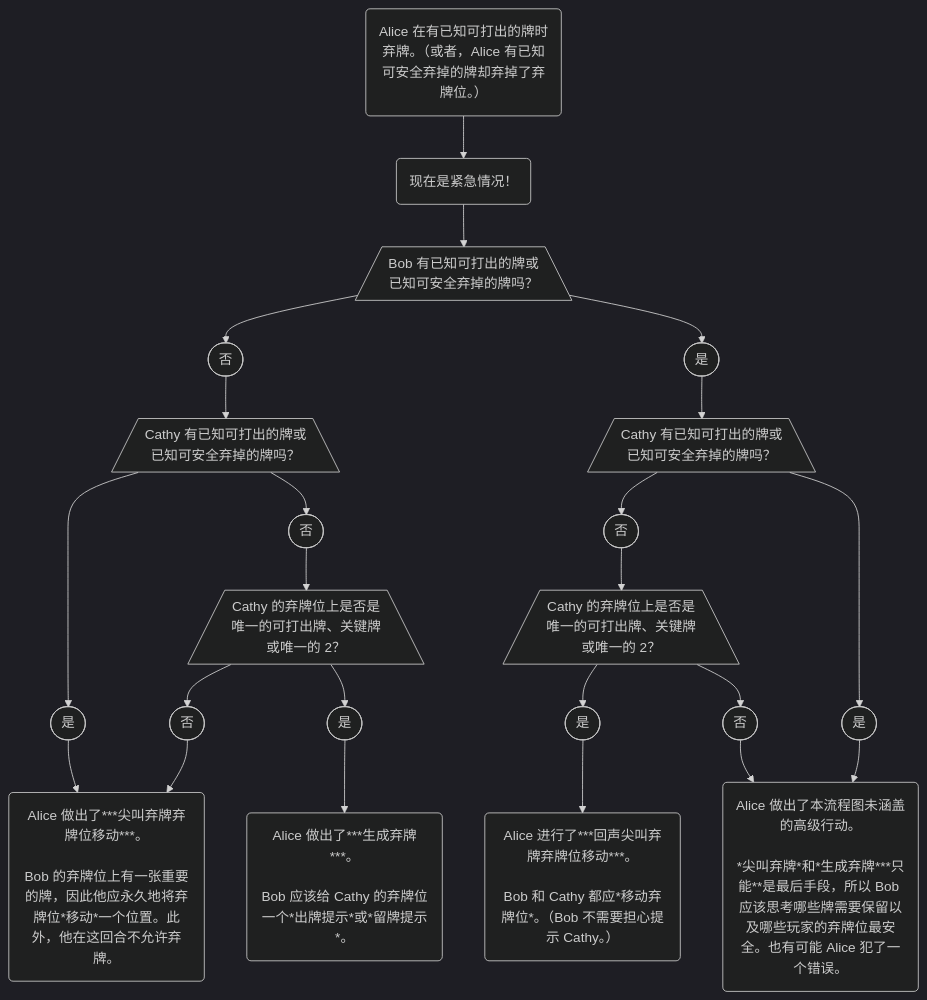
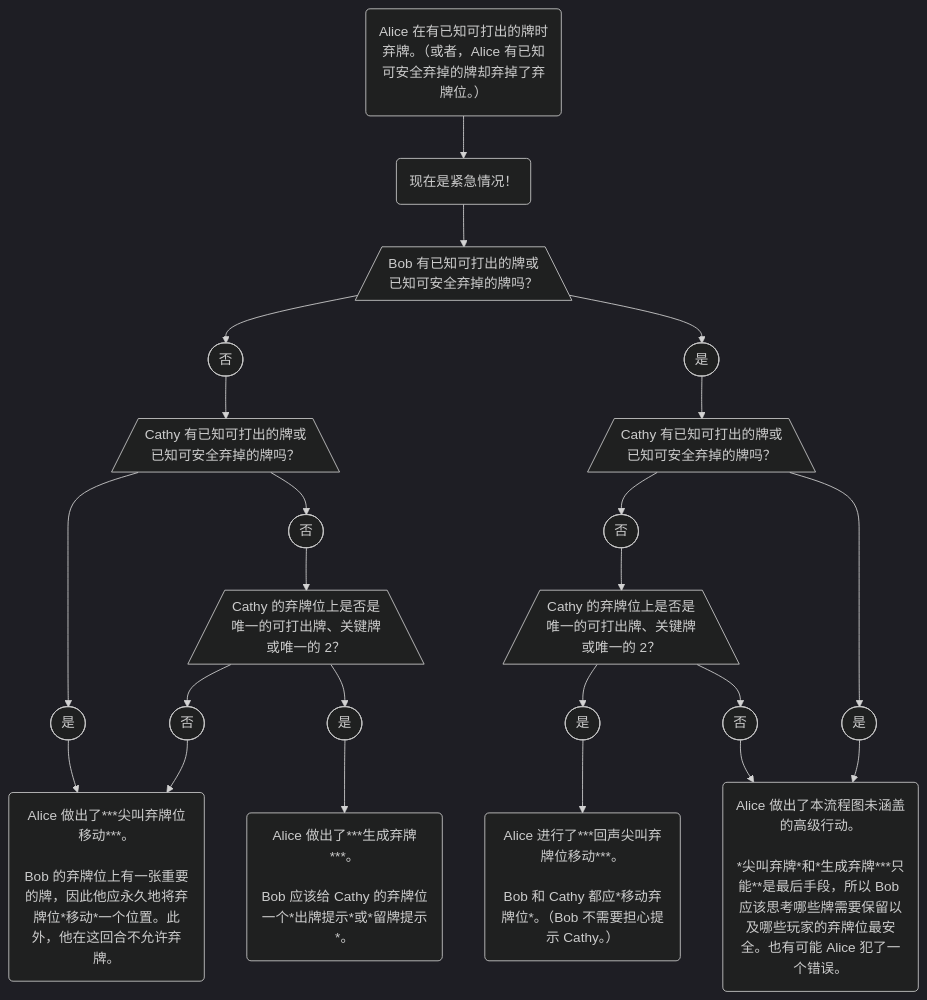
The diagram in i18n/zh/docusaurus-plugin-content-docs/current/level-7.mdx (TRCYX/H-Group), drawn with Mermaid (dark theme) before and after one commit. The commit also changed other lines of this file and 1 other file, not shown here.

````diff
--- a/i18n/zh/docusaurus-plugin-content-docs/current/level-7.mdx
+++ b/i18n/zh/docusaurus-plugin-content-docs/current/level-7.mdx
@@ -55,53 +56,53 @@
 ```mermaid
 flowchart TD;
 
 S1("Alice 在有已知可打出的牌时弃牌。（或者，Alice 有已知可安全弃掉的牌却弃掉了弃牌位。）")
 S2("现在是紧急情况！")
 D1[/Bob 有已知可打出的牌或<br/>已知可安全弃掉的牌吗？\]
 D1Y([是])
 D1N([否])
 D2[/Cathy 有已知可打出的牌或<br/>已知可安全弃掉的牌吗？\]
 D2Y([是])
 D2N([否])
 D3[/Cathy 的弃牌位上是否是<br/>唯一的可打出牌、关键牌<br/>或唯一的 2？\]
 D3Y([是])
 D3N([否])
 D3YL(Alice 做出了***生成弃牌***。<br/ ><br/ >Bob 应该给 Cathy 的弃牌位一个*出牌提示*或*留牌提示*。)
-D3NL(Alice 做出了***尖叫弃牌弃牌位移动***。<br/ ><br/ >Bob 的弃牌位上有一张重要的牌，因此他应永久地将弃牌位*移动*一个位置。此外，他在这回合不允许弃牌。)
+D3NL(Alice 做出了***尖叫弃牌位移动***。<br/ ><br/ >Bob 的弃牌位上有一张重要的牌，因此他应永久地将弃牌位*移动*一个位置。此外，他在这回合不允许弃牌。)
 D4[/Cathy 有已知可打出的牌或<br/>已知可安全弃掉的牌吗？\]
 D4Y([是])
 D4N([否])
 D4YL(Alice 做出了本流程图未涵盖的高级行动。<br/ ><br/ >*尖叫弃牌*和*生成弃牌***只能**是最后手段，所以 Bob 应该思考哪些牌需要保留以及哪些玩家的弃牌位最安全。也有可能 Alice 犯了一个错误。)
 D5[/Cathy 的弃牌位上是否是<br/>唯一的可打出牌、关键牌<br/>或唯一的 2？\]
 D5Y([是])
 D5N([否])
-D5YL("Alice 进行了***回声尖叫弃牌弃牌位移动***。<br/ ><br/ >Bob 和 Cathy 都应*移动弃牌位*。（Bob 不需要担心提示 Cathy。）")
+D5YL("Alice 进行了***回声尖叫弃牌位移动***。<br/ ><br/ >Bob 和 Cathy 都应*移动弃牌位*。（Bob 不需要担心提示 Cathy。）")
 
 class D1Y,D2Y,D3Y,D4Y,D5Y node-yes
 class S2,D1N,D2N,D3N,D4N,D5N node-no
 class D1,D2,D3,D4,D5 node-dec
 class S1,D3NL,D3YL,D5YL,D4YL node-act
 
 S1 --> S2;
 S2 --> D1;
 D1 --> D1N;
 D1 --> D1Y;
 D1N --> D2;
 D2 --> D2Y;
 D2Y --> D3NL;
 D2 --> D2N;
 D2N --> D3;
 D3 --> D3Y;
 D3 --> D3N;
 D3Y --> D3YL;
 D3N --> D3NL;
 D1Y --> D4;
 D4 --> D4N;
 D4 --> D4Y;
 D4N --> D5;
 D5 --> D5Y;
 D5 --> D5N;
 D5Y --> D5YL;
 D5N --> D4YL;
 D4Y --> D4YL;
 ```
````
